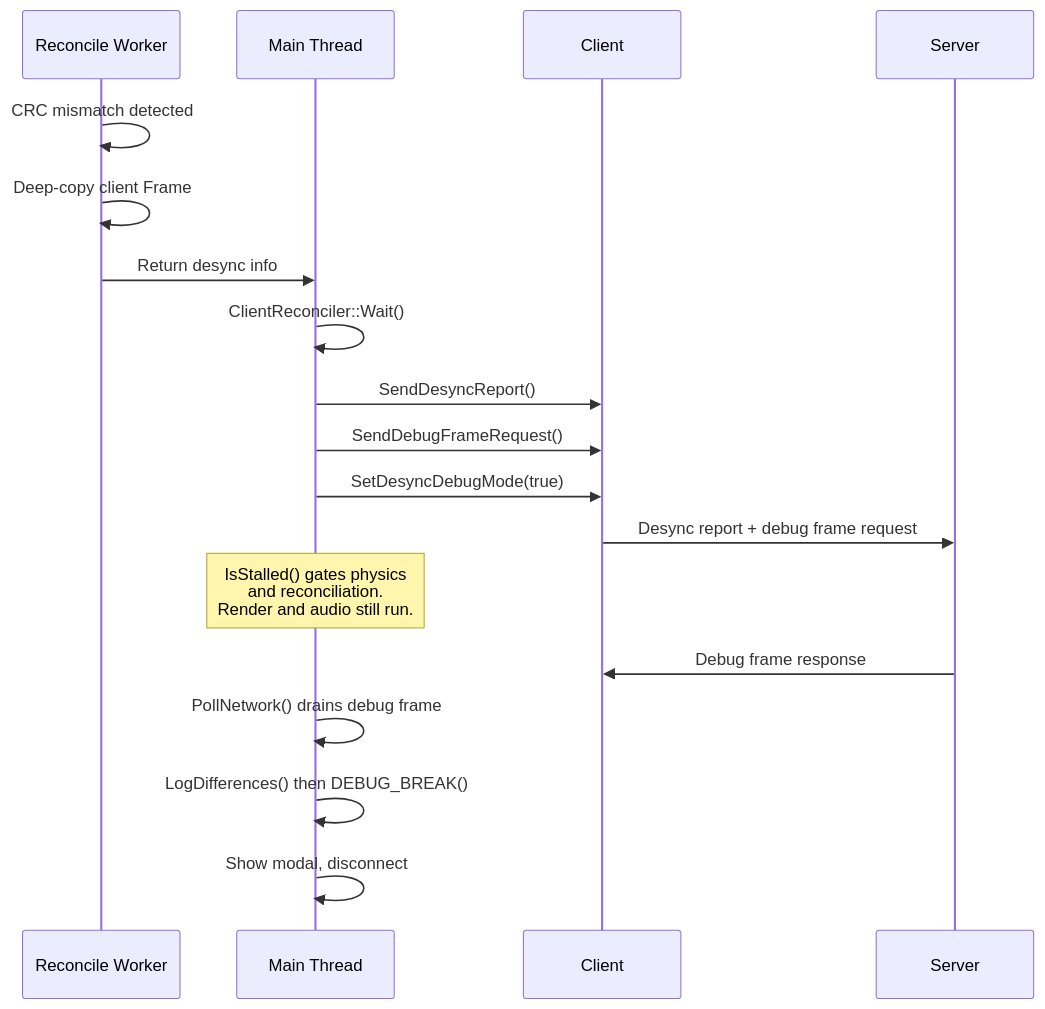
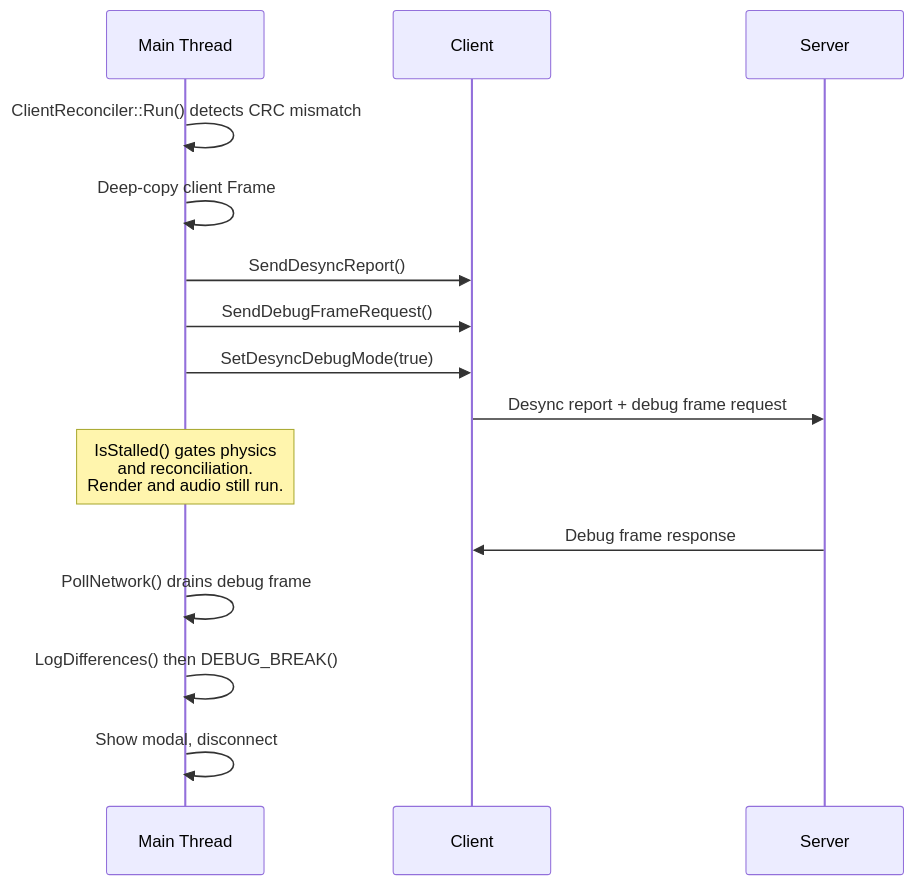
One commit to DougTanner/BrokenEnginePublic changed the fourth of 5 diagrams in Documents/Architecture/GameReconciliation.md. Above: the diagram before and after it, drawn with Mermaid. The commit also changed other lines of this file and 45 other files, not shown here.

````diff
--- a/Documents/Architecture/GameReconciliation.md
+++ b/Documents/Architecture/GameReconciliation.md
@@ -165,26 +127,22 @@
 ```mermaid
 %%{init: {'theme': 'default'}}%%
 sequenceDiagram
-    participant Worker as Reconcile Worker
     participant Main as Main Thread
     participant Net as Client
     participant Server
 
-    Worker->>Worker: CRC mismatch detected
-    Worker->>Worker: Deep-copy client Frame
-    Worker->>Main: Return desync info
-
-    Main->>Main: ClientReconciler::Wait()
+    Main->>Main: ClientReconciler::Run() detects CRC mismatch
+    Main->>Main: Deep-copy client Frame
     Main->>Net: SendDesyncReport()
     Main->>Net: SendDebugFrameRequest()
     Main->>Net: SetDesyncDebugMode(true)
     Net->>Server: Desync report + debug frame request
 
     Note over Main: IsStalled() gates physics<br/>and reconciliation.<br/>Render and audio still run.
 
     Server->>Net: Debug frame response
     Main->>Main: PollNetwork() drains debug frame
     Main->>Main: LogDifferences() then DEBUG_BREAK()
 
     Main->>Main: Show modal, disconnect
 ```
````
